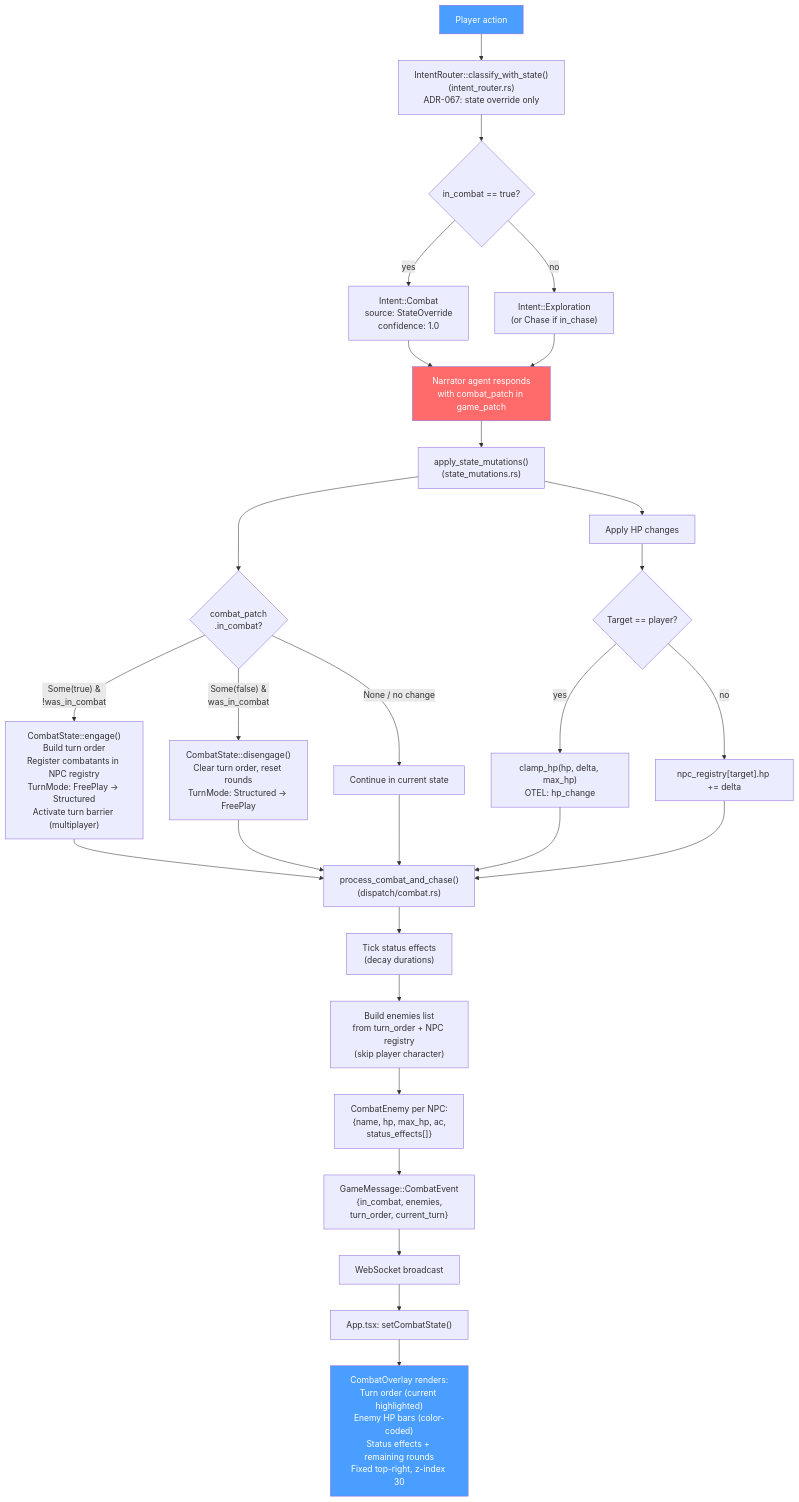
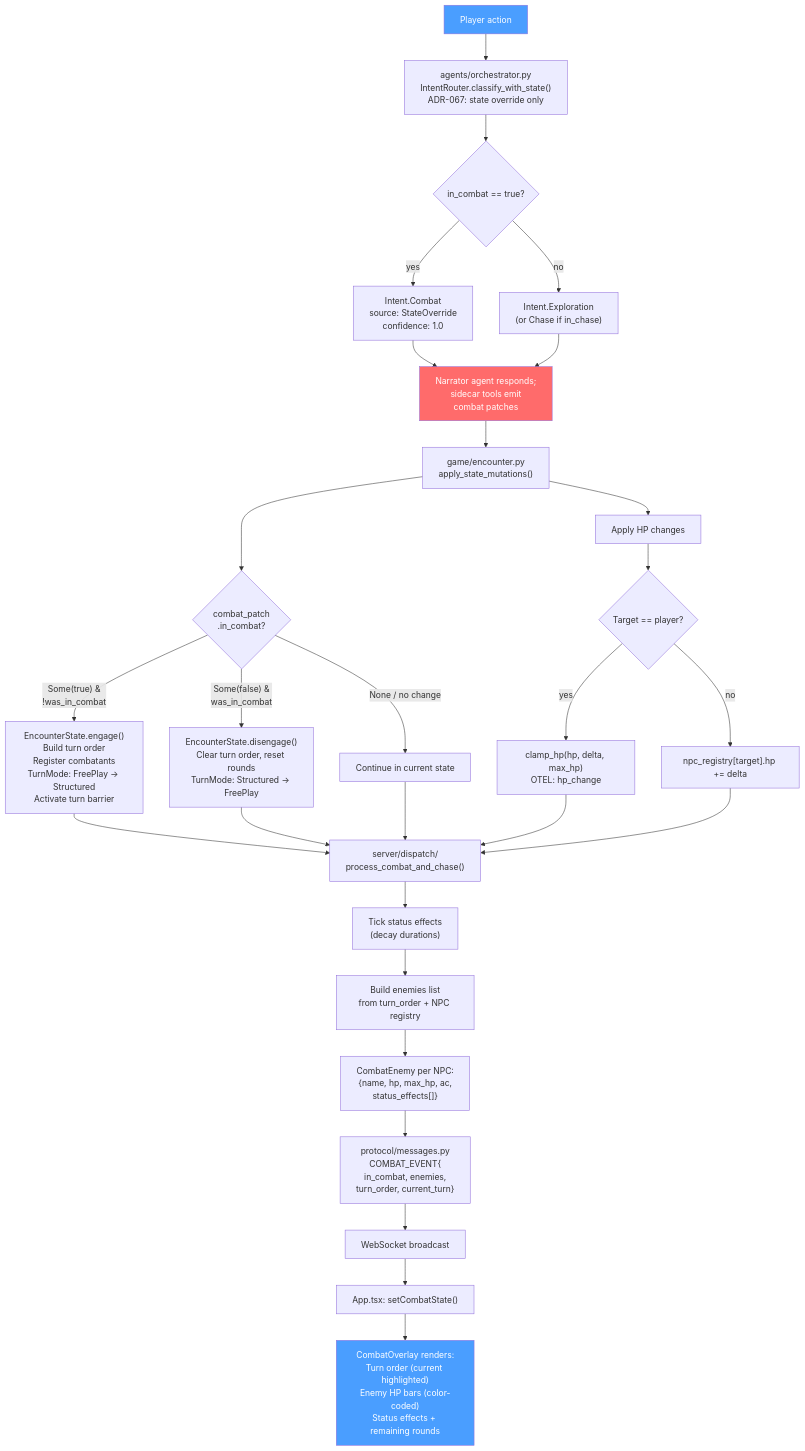
One commit to slabgorb/sidequest changed the sixth of 15 diagrams in docs/wiring-diagrams.md. Above: the diagram before and after it, drawn with Mermaid. The commit also changed other lines of this file and 4 other files, not shown here.

````diff
--- a/docs/wiring-diagrams.md
+++ b/docs/wiring-diagrams.md
@@ -370,39 +387,39 @@
 ```mermaid
 flowchart TD
-    A["Player action"] --> B["IntentRouter::classify_with_state()<br/>(intent_router.rs)<br/>ADR-067: state override only"]
+    A["Player action"] --> B["agents/orchestrator.py<br/>IntentRouter.classify_with_state()<br/>ADR-067: state override only"]
     B --> C{"in_combat == true?"}
-    C -->|"yes"| D["Intent::Combat<br/>source: StateOverride<br/>confidence: 1.0"]
-    C -->|"no"| E["Intent::Exploration<br/>(or Chase if in_chase)"]
+    C -->|"yes"| D["Intent.Combat<br/>source: StateOverride<br/>confidence: 1.0"]
+    C -->|"no"| E["Intent.Exploration<br/>(or Chase if in_chase)"]
 
-    D --> F["Narrator agent responds<br/>with combat_patch in game_patch"]
+    D --> F["Narrator agent responds;<br/>sidecar tools emit<br/>combat patches"]
     E --> F
 
-    F --> G["apply_state_mutations()<br/>(state_mutations.rs)"]
+    F --> G["game/encounter.py<br/>apply_state_mutations()"]
 
     G --> H{"combat_patch<br/>.in_combat?"}
-    H -->|"Some(true) &<br/>!was_in_combat"| I["CombatState::engage()<br/>Build turn order<br/>Register combatants in NPC registry<br/>TurnMode: FreePlay → Structured<br/>Activate turn barrier (multiplayer)"]
-    H -->|"Some(false) &<br/>was_in_combat"| J["CombatState::disengage()<br/>Clear turn order, reset rounds<br/>TurnMode: Structured → FreePlay"]
+    H -->|"Some(true) &<br/>!was_in_combat"| I["EncounterState.engage()<br/>Build turn order<br/>Register combatants<br/>TurnMode: FreePlay → Structured<br/>Activate turn barrier"]
+    H -->|"Some(false) &<br/>was_in_combat"| J["EncounterState.disengage()<br/>Clear turn order, reset rounds<br/>TurnMode: Structured → FreePlay"]
     H -->|"None / no change"| K["Continue in current state"]
 
     G --> L["Apply HP changes"]
     L --> L1{"Target == player?"}
     L1 -->|"yes"| L2["clamp_hp(hp, delta, max_hp)<br/>OTEL: hp_change"]
     L1 -->|"no"| L3["npc_registry[target].hp += delta"]
 
-    I & J & K --> M["process_combat_and_chase()<br/>(dispatch/combat.rs)"]
+    I & J & K --> M["server/dispatch/<br/>process_combat_and_chase()"]
     L2 & L3 --> M
 
     M --> N["Tick status effects<br/>(decay durations)"]
-    N --> O["Build enemies list<br/>from turn_order + NPC registry<br/>(skip player character)"]
+    N --> O["Build enemies list<br/>from turn_order + NPC registry"]
     O --> P["CombatEnemy per NPC:<br/>{name, hp, max_hp, ac,<br/>status_effects[]}"]
 
-    P --> Q["GameMessage::CombatEvent<br/>{in_combat, enemies,<br/>turn_order, current_turn}"]
+    P --> Q["protocol/messages.py<br/>COMBAT_EVENT{<br/>in_combat, enemies,<br/>turn_order, current_turn}"]
     Q --> R["WebSocket broadcast"]
 
     R --> S["App.tsx: setCombatState()"]
-    S --> T["CombatOverlay renders:<br/>Turn order (current highlighted)<br/>Enemy HP bars (color-coded)<br/>Status effects + remaining rounds<br/>Fixed top-right, z-index 30"]
+    S --> T["CombatOverlay renders:<br/>Turn order (current highlighted)<br/>Enemy HP bars (color-coded)<br/>Status effects + remaining rounds"]
 
     style A fill:#4a9eff,color:#fff
     style T fill:#4a9eff,color:#fff
     style F fill:#ff6b6b,color:#fff
 ```
````
